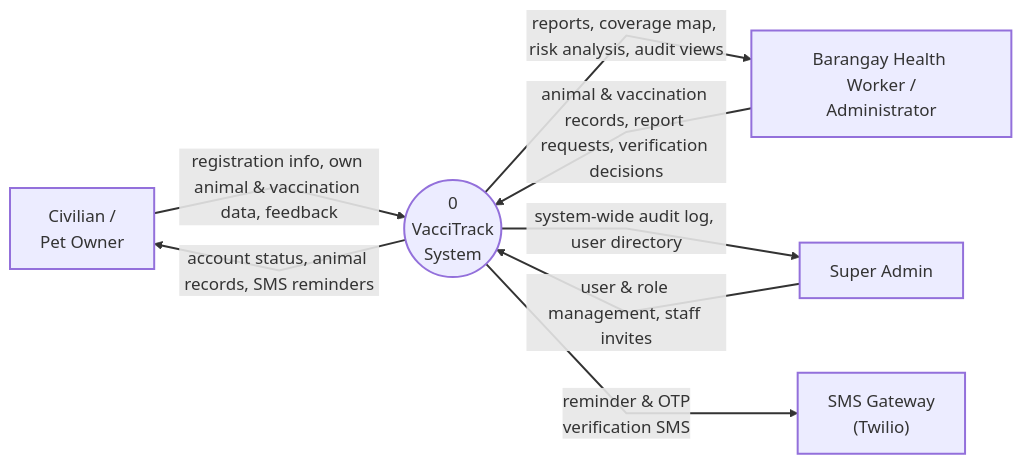
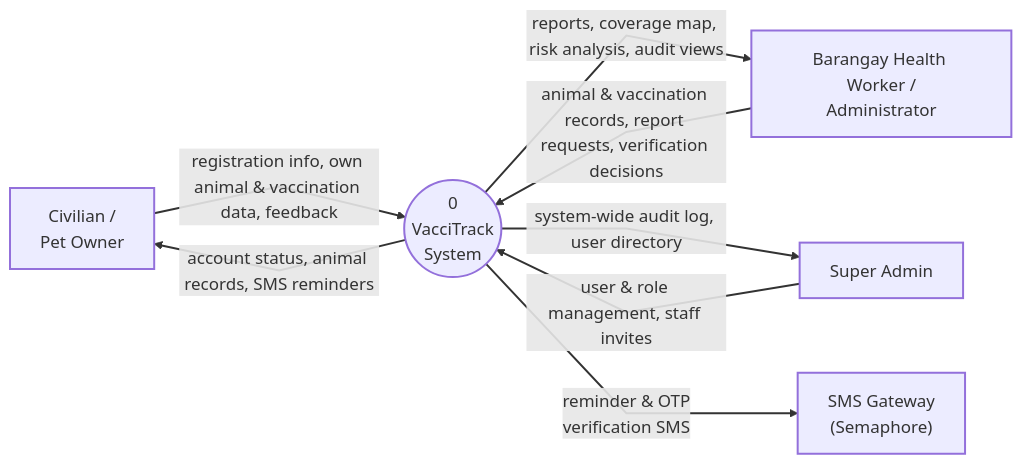
One commit to kiniakoangaccount/vaccitrack-capstone changed the sixth of 8 diagrams in DIAGRAMS.md. Above: the diagram before and after it, drawn with Mermaid. The commit also changed other lines of this file and 14 other files, not shown here.

````diff
--- a/DIAGRAMS.md
+++ b/DIAGRAMS.md
@@ -238,24 +238,24 @@
 ```mermaid
 %%{init: {'flowchart': {'curve': 'linear'}, 'themeVariables': {'fontSize': '17px'}}}%%
 flowchart LR
   classDef default stroke-width:2px;
 
   CIV["Civilian /<br/>Pet Owner"]
   STAFF["Barangay Health Worker /<br/>Administrator"]
   SUPER["Super Admin"]
-  SMS["SMS Gateway<br/>(Twilio)"]
+  SMS["SMS Gateway<br/>(Semaphore)"]
 
   SYS(("0<br/>VacciTrack<br/>System"))
 
   CIV -- "registration info, own animal & vaccination data, feedback" --> SYS
   SYS -- "account status, animal records, SMS reminders" --> CIV
 
   STAFF -- "animal & vaccination records, report requests, verification decisions" --> SYS
   SYS -- "reports, coverage map, risk analysis, audit views" --> STAFF
 
   SUPER -- "user & role management, staff invites" --> SYS
   SYS -- "system-wide audit log, user directory" --> SUPER
 
   SYS -- "reminder & OTP<br/>verification SMS" --> SMS
   linkStyle default stroke-width:2px;
 ```
````
